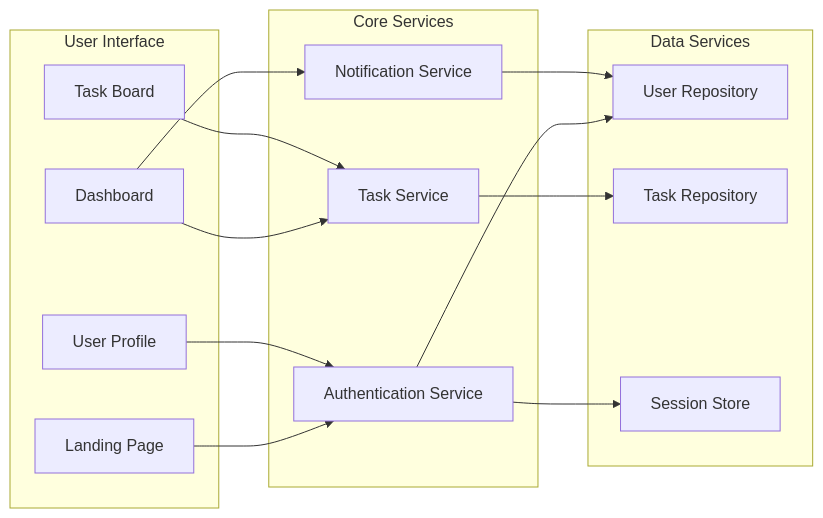
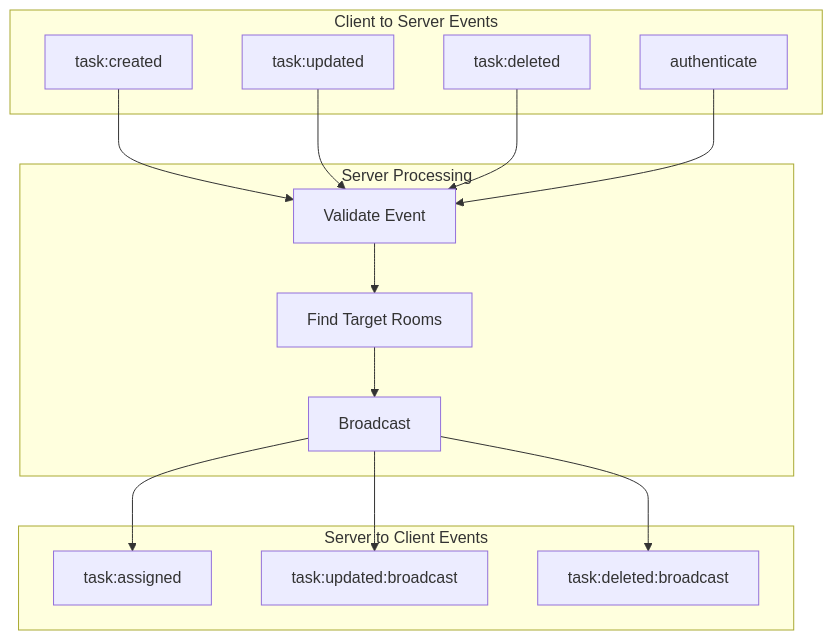
The third of 10 diagrams in README.md (anshsharmacse/taskflow-socket), drawn with Mermaid before and after one commit. The commit also changed other lines of this file, not shown here.

````diff
--- a/README.md
+++ b/README.md
@@ -235,32 +148,30 @@
 ```mermaid
-graph LR
-    subgraph "User Interface"
-        A[Landing Page]
-        B[Dashboard]
-        C[Task Board]
-        D[User Profile]
+flowchart TD
+    subgraph "Client to Server Events"
+        C1[task:created]
+        C2[task:updated]
+        C3[task:deleted]
+        C4[authenticate]
     end
     
-    subgraph "Core Services"
-        E[Authentication Service]
-        F[Task Service]
-        G[Notification Service]
+    subgraph "Server Processing"
+        S1[Validate Event]
+        S2[Find Target Rooms]
+        S3[Broadcast]
     end
     
-    subgraph "Data Services"
-        H[User Repository]
-        I[Task Repository]
-        J[Session Store]
+    subgraph "Server to Client Events"
+        R1[task:assigned]
+        R2[task:updated:broadcast]
+        R3[task:deleted:broadcast]
     end
     
-    A --> E
-    B --> F
-    B --> G
-    C --> F
-    D --> E
-    
-    E --> H
-    E --> J
-    F --> I
-    G --> H
+    C1 --> S1
+    C2 --> S1
+    C3 --> S1
+    C4 --> S1
+    S1 --> S2 --> S3
+    S3 --> R1
+    S3 --> R2
+    S3 --> R3
 ```
````
